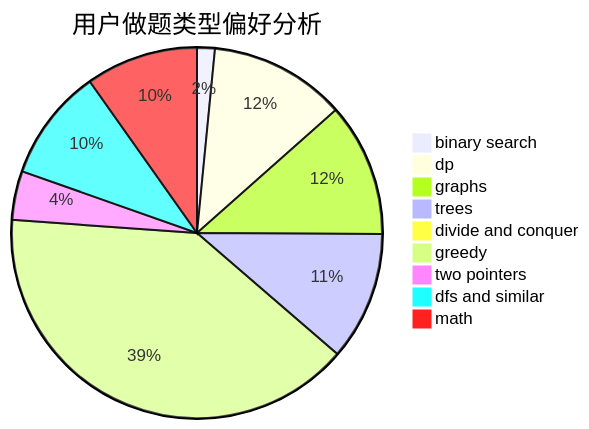
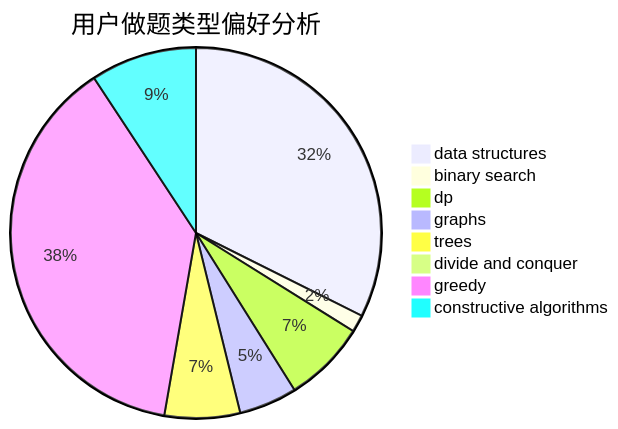
Before and after one commit to sherpahu/cfrs.github.io: the second of 3 diagrams in docs/user/u1999.md, drawn with Mermaid. The commit also changed other lines of this file and 2775 other files, not shown here.

````diff
--- a/docs/user/u1999.md
+++ b/docs/user/u1999.md
@@ -23,12 +23,11 @@
 ```mermaid
 pie title 用户做题类型偏好分析
-    "binary search" :  28
-    "dp" :  215
-    "graphs" :  210
-    "trees" :  203
-    "divide and conquer" :  16
-    "greedy" :  719
-    "two pointers" :  77
-    "dfs and similar" :  177
-    "math" :  177
+    "data structures" :  472
+    "binary search" :  22
+    "dp" :  105
+    "graphs" :  74
+    "trees" :  96
+    "divide and conquer" :  0
+    "greedy" :  554
+    "constructive algorithms" :  135
 ```
````
